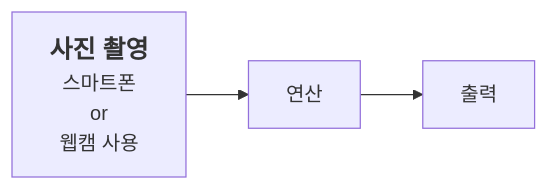
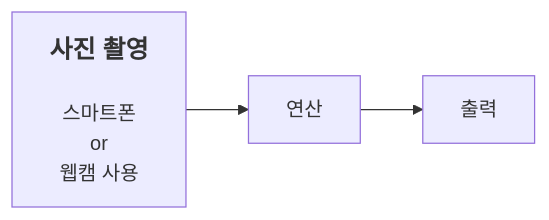
Before and after one commit to 201710808/-p: the diagram in Readme.md, drawn with Mermaid.

````diff
--- a/Readme.md
+++ b/Readme.md
@@ -3,5 +3,5 @@
 ```mermaid
 graph LR
-A[<b><span style='font-size:20px'>사진 촬영</span></b><br>스마트폰\nor\n웹캠 사용]-->B[연산]
+A[<b><span style='font-size:20px'>사진 촬영</span></b><br><br>스마트폰\nor\n웹캠 사용]-->B[연산]
 B-->C[출력]
 ```
````
